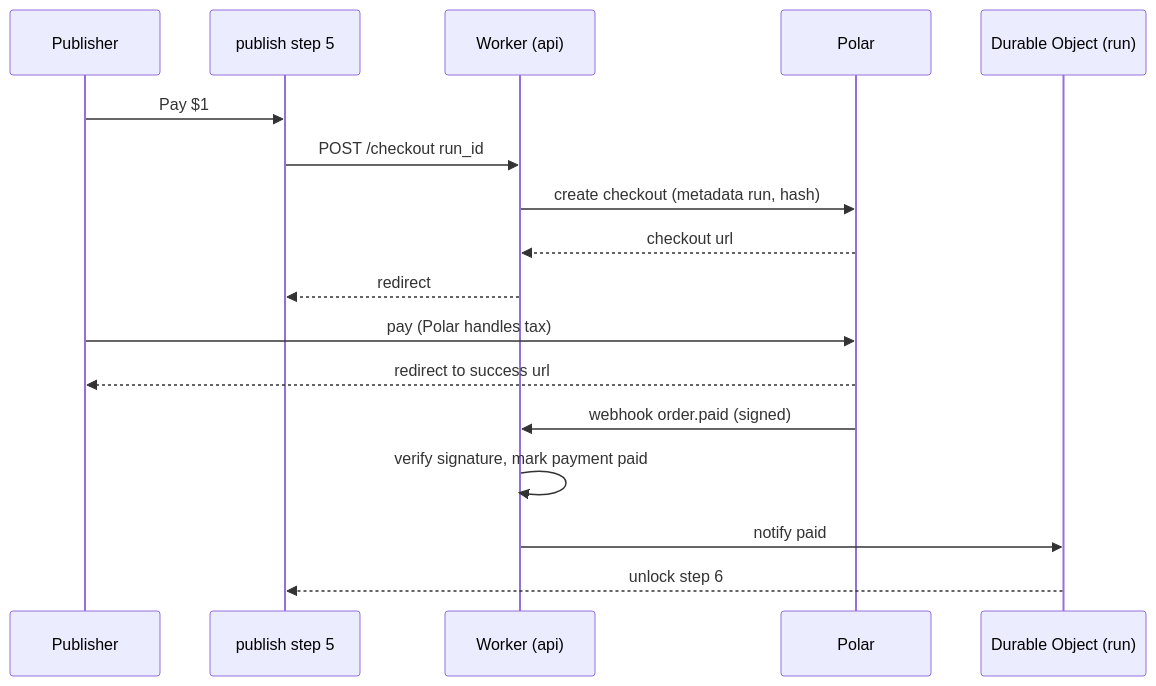
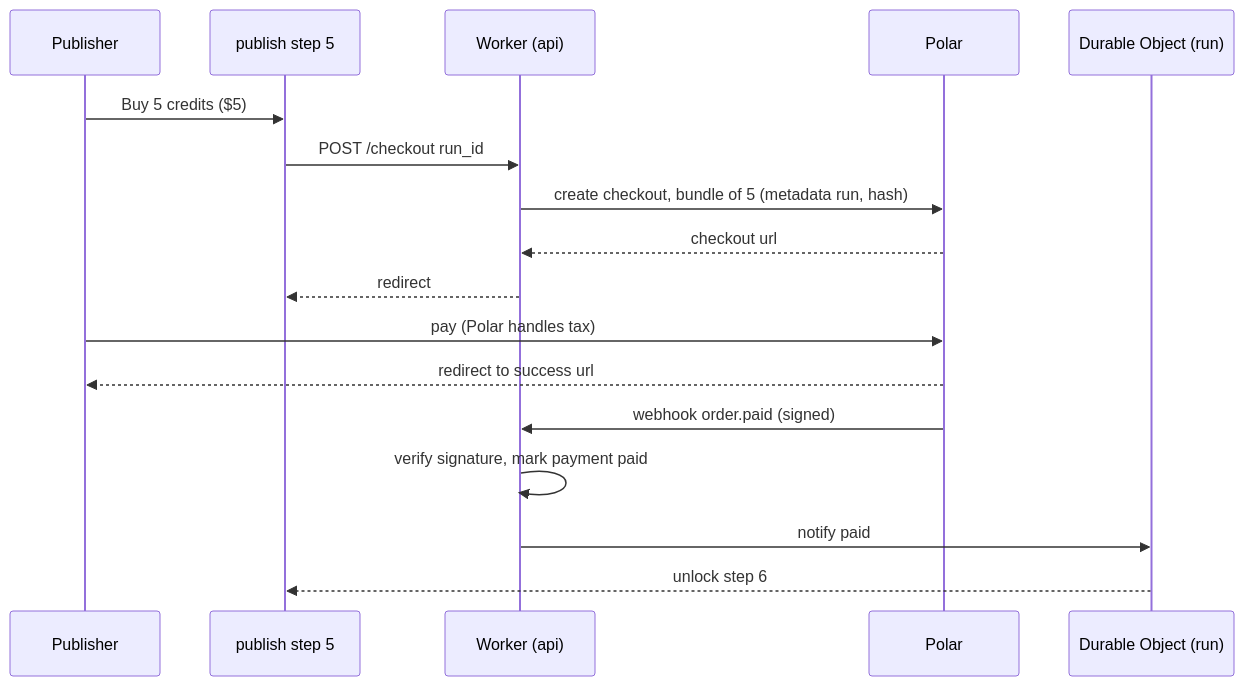
The eighth of 13 diagrams in docs/ui/flows.md (Claudinite/PackServer), drawn with Mermaid before and after one commit. The commit also changed other lines of this file and 5 other files, not shown here.

````diff
--- a/docs/ui/flows.md
+++ b/docs/ui/flows.md
@@ -348,19 +348,19 @@
 ```mermaid
 sequenceDiagram
   participant Pu as Publisher
   participant Wz as publish step 5
   participant W as Worker (api)
   participant Po as Polar
   participant DO as Durable Object (run)
-  Pu->>Wz: Pay $1
+  Pu->>Wz: Buy 5 credits ($5)
   Wz->>W: POST /checkout run_id
-  W->>Po: create checkout (metadata run, hash)
+  W->>Po: create checkout, bundle of 5 (metadata run, hash)
   Po-->>W: checkout url
   W-->>Wz: redirect
   Pu->>Po: pay (Polar handles tax)
   Po-->>Pu: redirect to success url
   Po->>W: webhook order.paid (signed)
   W->>W: verify signature, mark payment paid
   W->>DO: notify paid
   DO-->>Wz: unlock step 6
 ```
````
